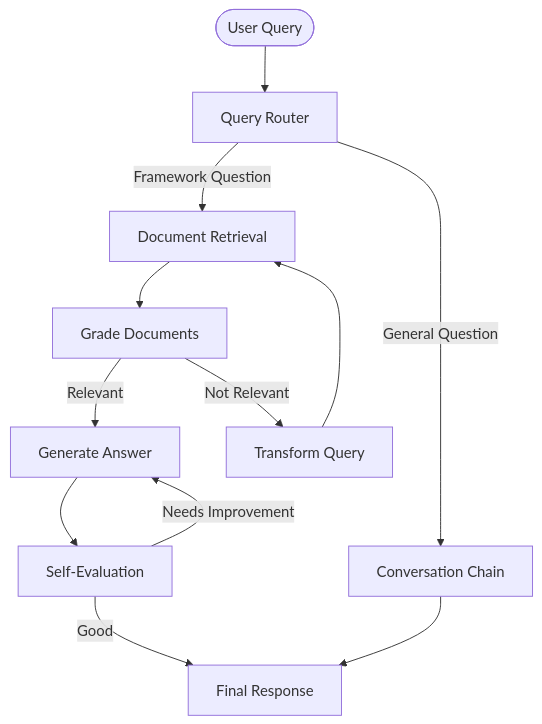
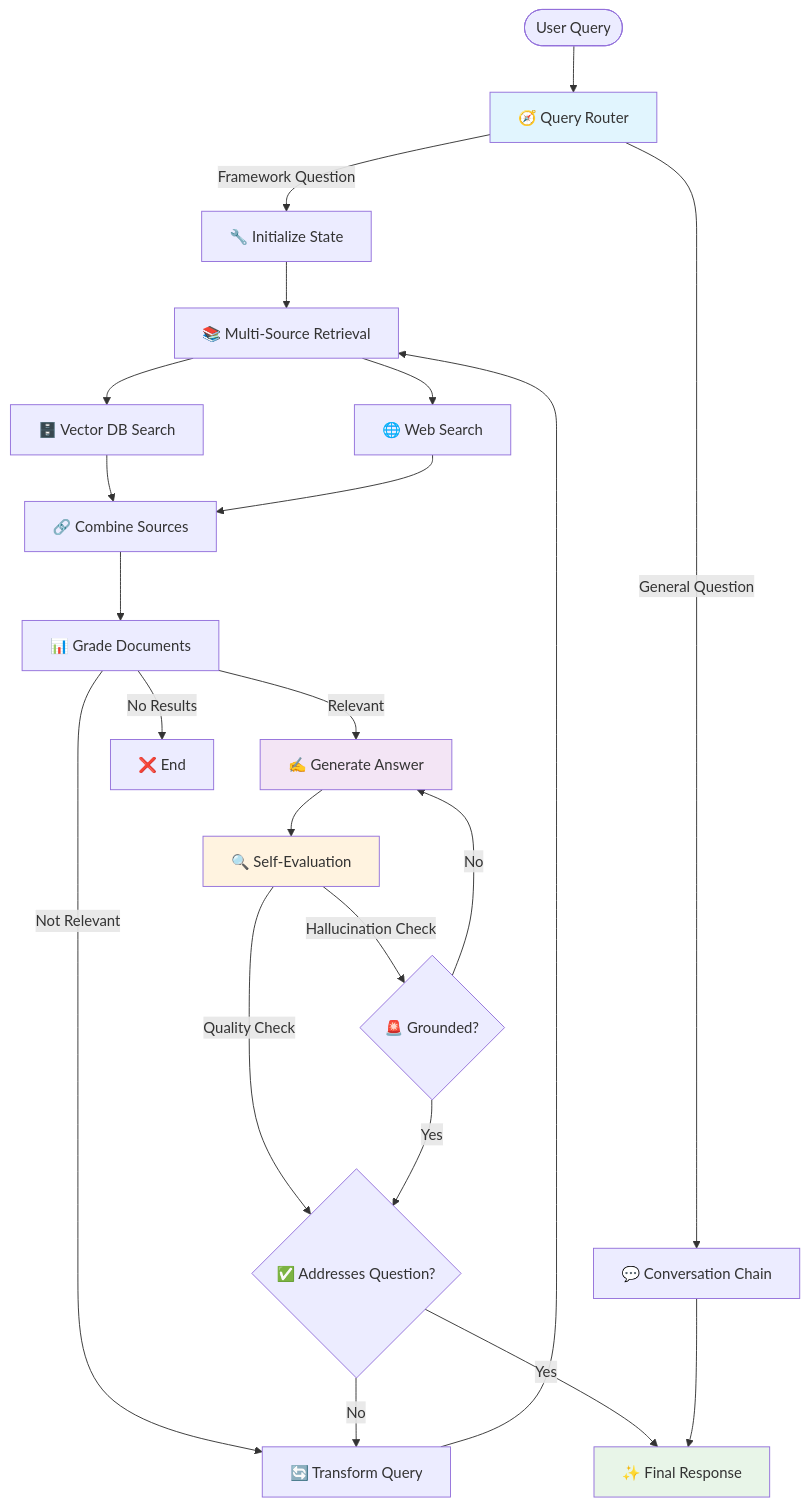
The diagram in README.md (erentorlak/Self-Reflective_Framework_Assistant_RAG), drawn with Mermaid before and after one commit. The commit also changed other lines of this file and 1 other file, not shown here.

Commit message:
Complete comprehensive README with detailed implementation, VDB preparation, and multi-agent system documentation

````diff
--- a/README.md
+++ b/README.md
@@ -21,17 +177,34 @@
 ```mermaid
 flowchart TD
-    Start([User Query]) --> Router[Query Router]
-    Router -->|Framework Question| Retrieval[Document Retrieval]
-    Router -->|General Question| Conversation[Conversation Chain]
+    Start([User Query]) --> Router[🧭 Query Router]
+    Router -->|Framework Question| Init[🔧 Initialize State]
+    Router -->|General Question| Conv[💬 Conversation Chain]
     
-    Retrieval --> Grade[Grade Documents]
-    Grade -->|Relevant| Generate[Generate Answer]
-    Grade -->|Not Relevant| Transform[Transform Query]
+    Init --> Retrieve[📚 Multi-Source Retrieval]
+    Retrieve --> VDB[🗄️ Vector DB Search]
+    Retrieve --> Web[🌐 Web Search]
+    VDB --> Combine[🔗 Combine Sources]
+    Web --> Combine
     
-    Transform --> Retrieval
-    Generate --> Evaluate[Self-Evaluation]
-    Evaluate -->|Good| Output[Final Response]
-    Evaluate -->|Needs Improvement| Generate
+    Combine --> Grade[📊 Grade Documents]
+    Grade -->|Relevant| Generate[✍️ Generate Answer]
+    Grade -->|Not Relevant| Transform[🔄 Transform Query]
+    Grade -->|No Results| End1[❌ End]
     
-    Conversation --> Output
+    Transform --> Retrieve
+    Generate --> SelfEval[🔍 Self-Evaluation]
+    SelfEval -->|Hallucination Check| Hallucination{🚨 Grounded?}
+    SelfEval -->|Quality Check| Quality{✅ Addresses Question?}
+    
+    Hallucination -->|No| Generate
+    Hallucination -->|Yes| Quality
+    Quality -->|No| Transform
+    Quality -->|Yes| Output[✨ Final Response]
+    
+    Conv --> Output
+    
+    style Router fill:#e1f5fe
+    style Generate fill:#f3e5f5
+    style SelfEval fill:#fff3e0
+    style Output fill:#e8f5e8
 ```
````
